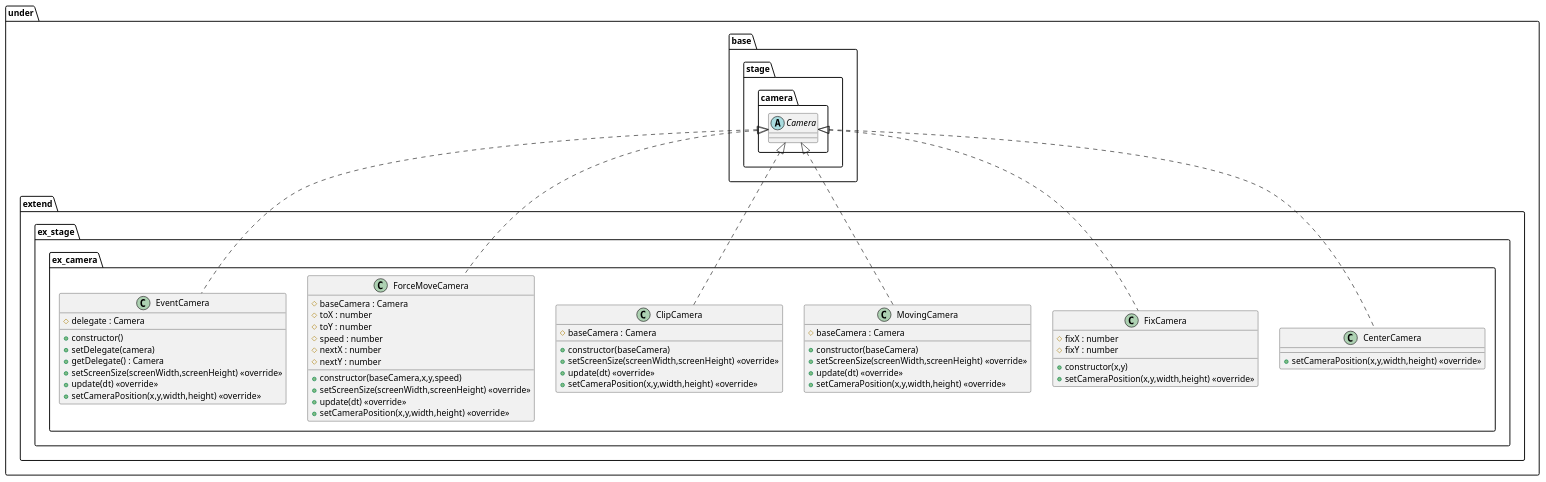
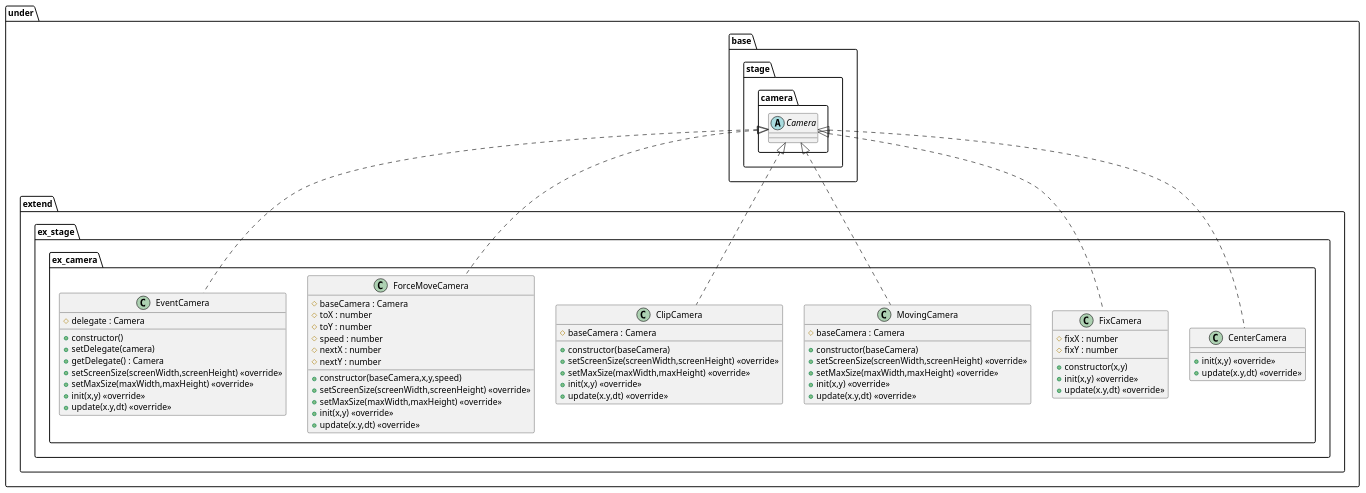
One commit to Expine/Under changed the diagram in uml/stage/ExtendCamera.wsd. Above: the diagram before and after it, drawn with PlantUML. The commit also changed 17 other files, not shown here.

```diff
--- a/uml/stage/ExtendCamera.wsd
+++ b/uml/stage/ExtendCamera.wsd
@@ -1,73 +1,79 @@
 @startuml StageExtendCamera
 package under {
     package extend {
         package ex_stage {
             package ex_camera {
                 class CenterCamera {
-                    +setCameraPosition(x,y,width,height) <<override>>
+                    +init(x,y) <<override>>
+                    +update(x.y,dt) <<override>>
                 }
                 class FixCamera {
                     +constructor(x,y)
                     #fixX : number
                     #fixY : number
-                    +setCameraPosition(x,y,width,height) <<override>>
+                    +init(x,y) <<override>>
+                    +update(x.y,dt) <<override>>
                 }
                 class MovingCamera {
                     +constructor(baseCamera)
                     #baseCamera : Camera
                     +setScreenSize(screenWidth,screenHeight) <<override>>
-                    +update(dt) <<override>>
-                    +setCameraPosition(x,y,width,height) <<override>>
+                    +setMaxSize(maxWidth,maxHeight) <<override>>
+                    +init(x,y) <<override>>
+                    +update(x.y,dt) <<override>>
                 }
                 class ClipCamera {
                     +constructor(baseCamera)
                     #baseCamera : Camera
                     +setScreenSize(screenWidth,screenHeight) <<override>>
-                    +update(dt) <<override>>
-                    +setCameraPosition(x,y,width,height) <<override>>
+                    +setMaxSize(maxWidth,maxHeight) <<override>>
+                    +init(x,y) <<override>>
+                    +update(x.y,dt) <<override>>
                 }
                 class ForceMoveCamera {
                     +constructor(baseCamera,x,y,speed)
                     #baseCamera : Camera
                     #toX : number
                     #toY : number
                     #speed : number
                     #nextX : number
                     #nextY : number
                     +setScreenSize(screenWidth,screenHeight) <<override>>
-                    +update(dt) <<override>>
-                    +setCameraPosition(x,y,width,height) <<override>>
+                    +setMaxSize(maxWidth,maxHeight) <<override>>
+                    +init(x,y) <<override>>
+                    +update(x.y,dt) <<override>>
                 }
                 class EventCamera {
                     +constructor()
                     #delegate : Camera
                     +setDelegate(camera)
                     +getDelegate() : Camera
                     +setScreenSize(screenWidth,screenHeight) <<override>>
-                    +update(dt) <<override>>
-                    +setCameraPosition(x,y,width,height) <<override>>
+                    +setMaxSize(maxWidth,maxHeight) <<override>>
+                    +init(x,y) <<override>>
+                    +update(x.y,dt) <<override>>
                 }
             }
 
         }
     }
 }
 
 package under {
     package base {
         package stage {
             package camera {
                 abstract Camera
             }
         }
     }
 }
 
 Camera <|.. CenterCamera
 Camera <|.. FixCamera
 Camera <|.. MovingCamera
 Camera <|.. ClipCamera
 Camera <|.. ForceMoveCamera
 Camera <|.. EventCamera
 
 @enduml
```
